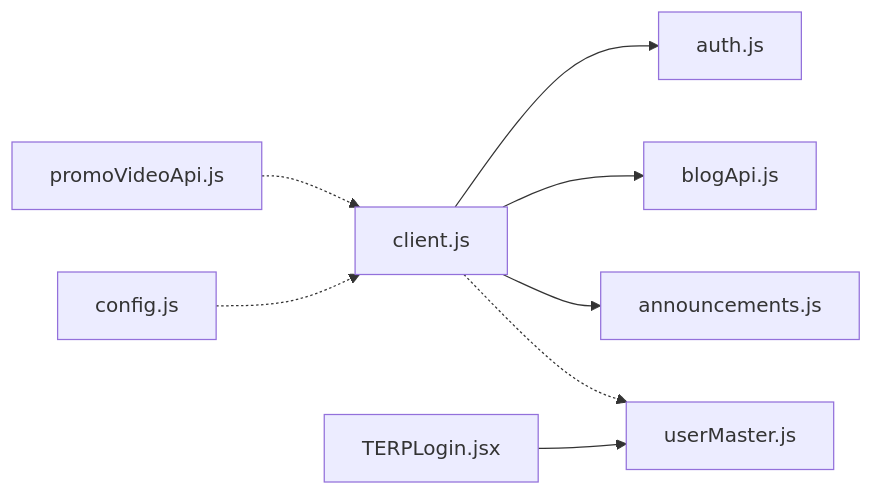
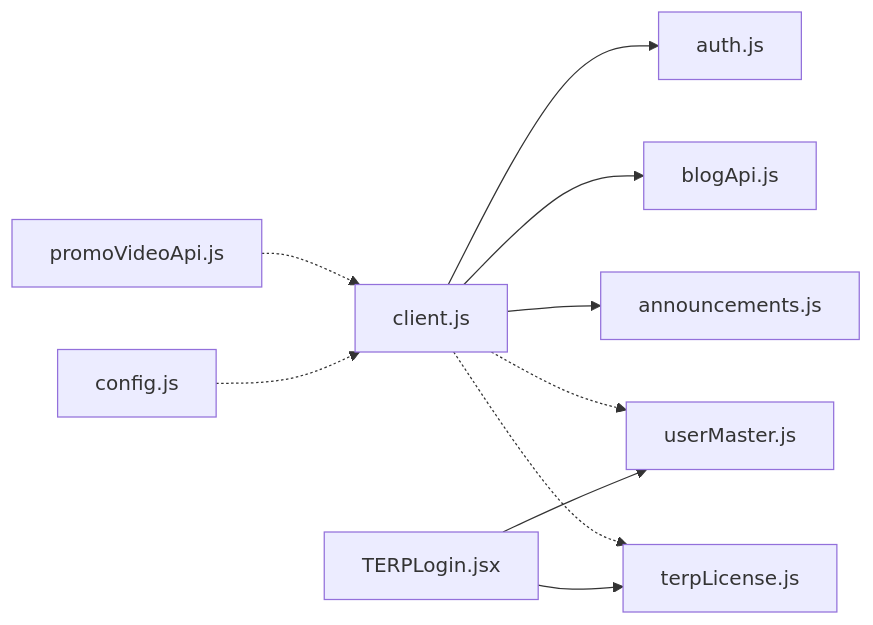
One commit to imcbsglobal/TRELLISCO_ERP_FRONTEND changed the tenth of 10 diagrams in .qoder/repowiki/en/content/API Integration Layer/API Integration Layer.md. Above: the diagram before and after it, drawn with Mermaid. The commit also changed other lines of this file and 27 other files, not shown here.

````diff
--- a/.qoder/repowiki/en/content/API Integration Layer/API Integration Layer.md
+++ b/.qoder/repowiki/en/content/API Integration Layer/API Integration Layer.md
@@ -497,10 +569,12 @@
 ```mermaid
 graph LR
 Client["client.js"] --> Auth["auth.js"]
 Client --> Blog["blogApi.js"]
 Client --> Ann["announcements.js"]
 Client -.-> UserMaster["userMaster.js"]
+Client -.-> TerpLicense["terpLicense.js"]
 Promo["promoVideoApi.js"] -.-> Client
 TERPLogin["TERPLogin.jsx"] --> UserMaster
+TERPLogin --> TerpLicense
 Config["config.js"] -.-> Client
 ```
````
